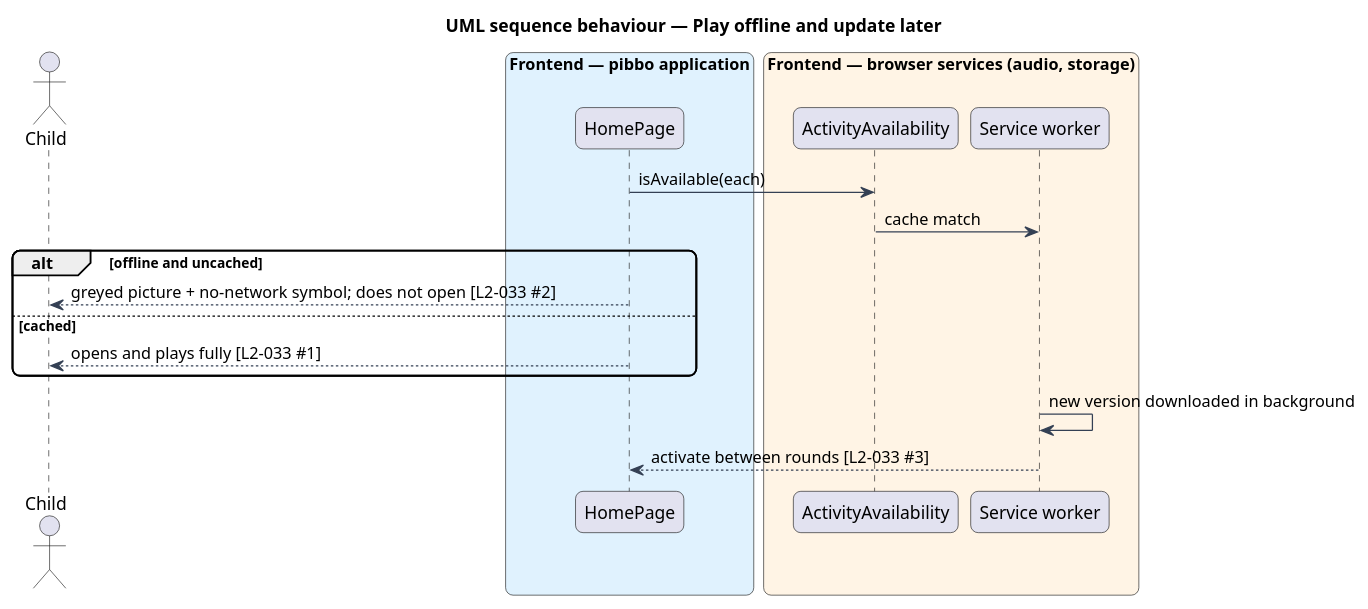
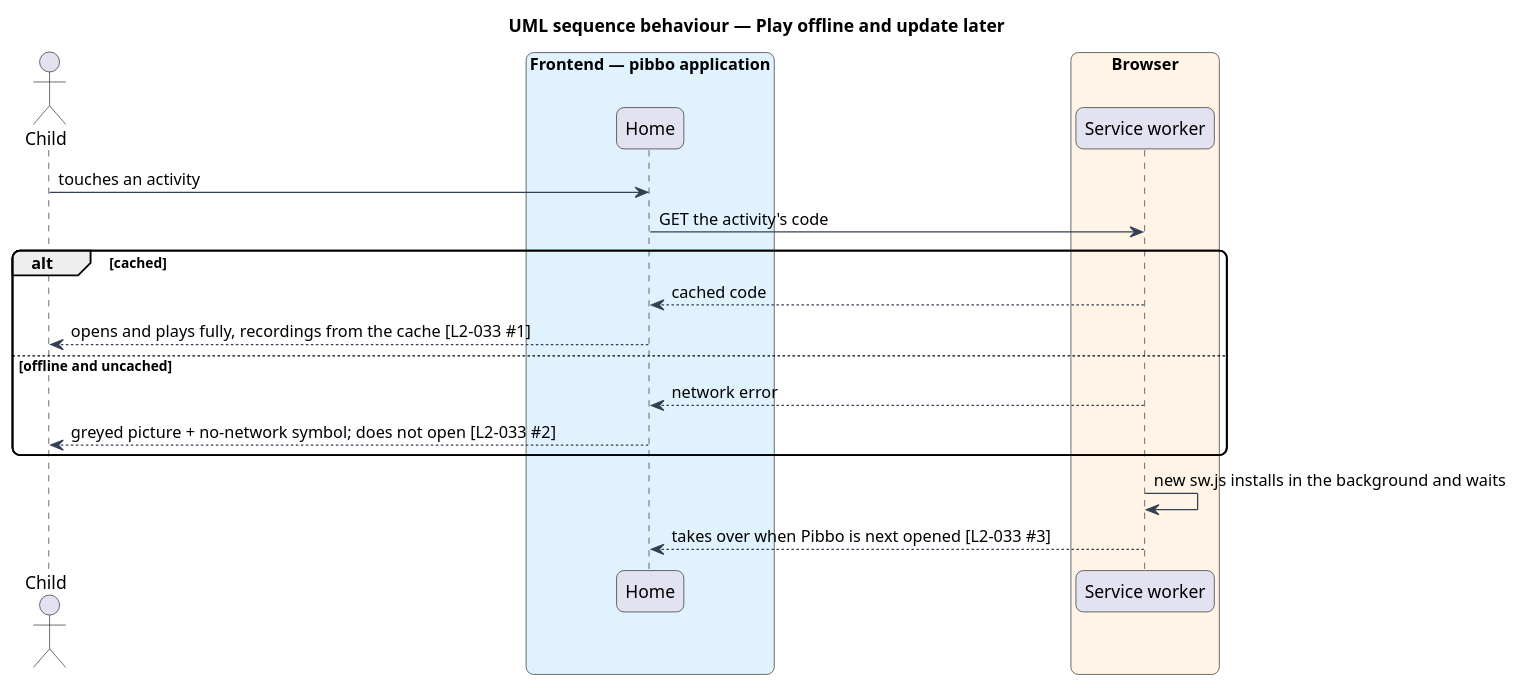
Before and after one commit to QuinntyneBrown/pibbo: the diagram in docs/detailed-designs/performance/offline-after-first-use/diagrams/sequence-offline-play.puml, drawn with PlantUML. The commit also changed 16 other files, not shown here.

Commit message:
Offline after first use: the home/offline mock, the design system's offline activity card, ADR 0031 and the design

```diff
--- a/docs/detailed-designs/performance/offline-after-first-use/diagrams/sequence-offline-play.puml
+++ b/docs/detailed-designs/performance/offline-after-first-use/diagrams/sequence-offline-play.puml
@@ -1,25 +1,26 @@
 @startuml
 title UML sequence behaviour — Play offline and update later
 skinparam backgroundColor #FFFFFF
 skinparam shadowing false
 skinparam roundcorner 12
 skinparam defaultFontName Arial
 skinparam ArrowColor #344054
 actor "Child" as actor
 box "Frontend — pibbo application" #E0F2FE
-  participant "HomePage" as home
+  participant "Home" as home
 end box
-box "Frontend — browser services (audio, storage)" #FFF4E5
-  participant "ActivityAvailability" as av
+box "Browser" #FFF4E5
   participant "Service worker" as sw
 end box
-home -> av : isAvailable(each)
-av -> sw : cache match
-alt offline and uncached
+actor -> home : touches an activity
+home -> sw : GET the activity's code
+alt cached
+  sw --> home : cached code
+  home --> actor : opens and plays fully, recordings from the cache [L2-033 #1]
+else offline and uncached
+  sw --> home : network error
   home --> actor : greyed picture + no-network symbol; does not open [L2-033 #2]
-else cached
-  home --> actor : opens and plays fully [L2-033 #1]
 end
-sw -> sw : new version downloaded in background
-sw --> home : activate between rounds [L2-033 #3]
+sw -> sw : new sw.js installs in the background and waits
+sw --> home : takes over when Pibbo is next opened [L2-033 #3]
 @enduml
```
